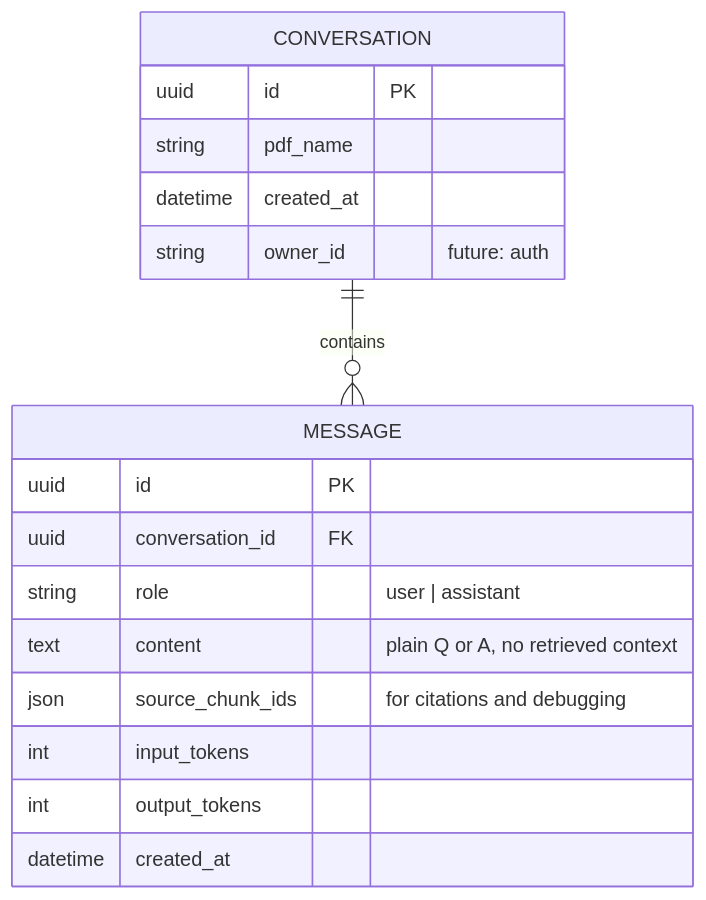
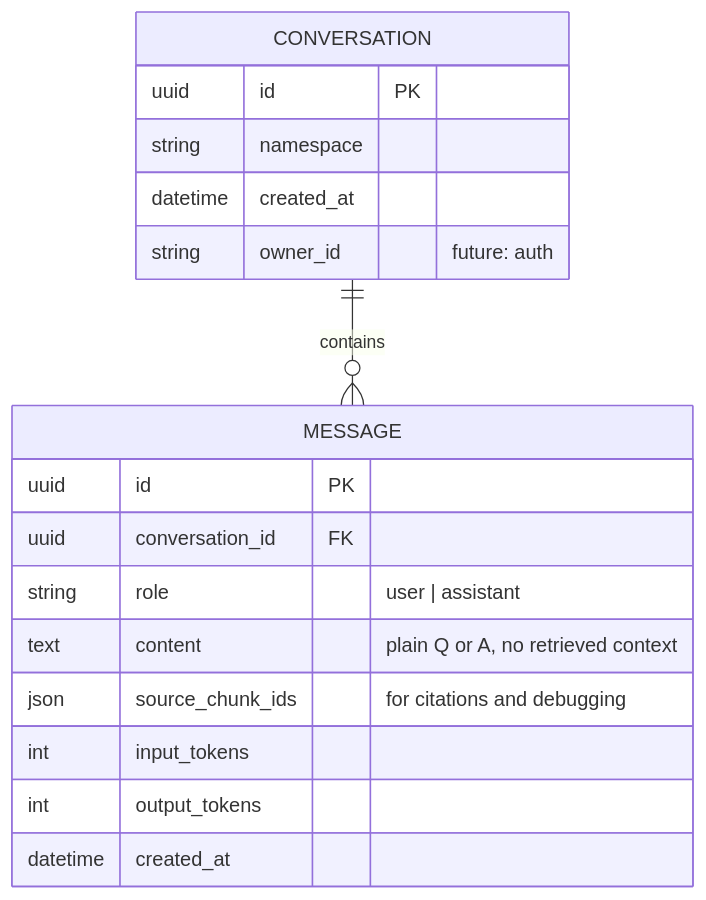
Before and after one commit to lsolor/korg-pdf-qa: diagram 12 of 19 in ARCHITECTURE.md, drawn with Mermaid. The commit also changed other lines of this file, not shown here.

First line of the commit message:
Update ARCHITECTURE.md for the script-based RAG pipeline

````diff
--- a/ARCHITECTURE.md
+++ b/ARCHITECTURE.md
@@ -505,20 +489,20 @@
 ```mermaid
 erDiagram
     CONVERSATION ||--o{ MESSAGE : contains
     CONVERSATION {
         uuid id PK
-        string pdf_name
+        string namespace
         datetime created_at
         string owner_id "future: auth"
     }
     MESSAGE {
         uuid id PK
         uuid conversation_id FK
         string role "user | assistant"
         text content "plain Q or A, no retrieved context"
         json source_chunk_ids "for citations and debugging"
         int input_tokens
         int output_tokens
         datetime created_at
     }
 ```
````
